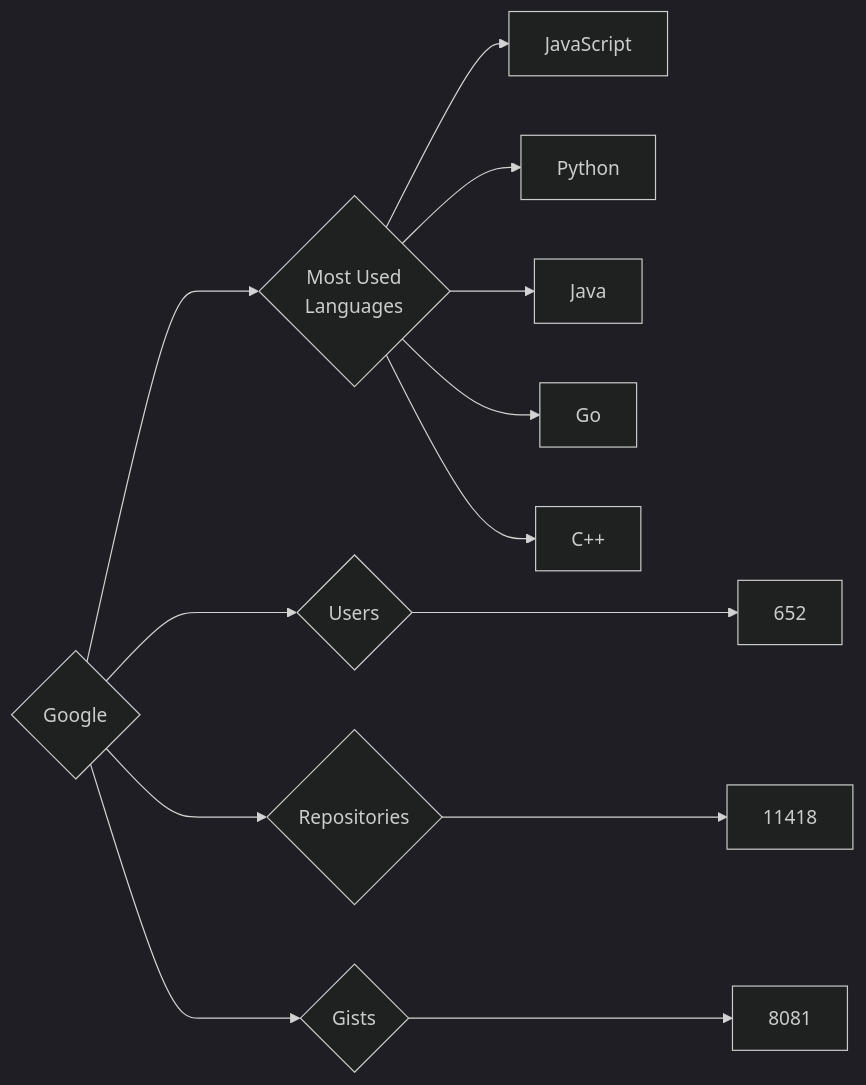
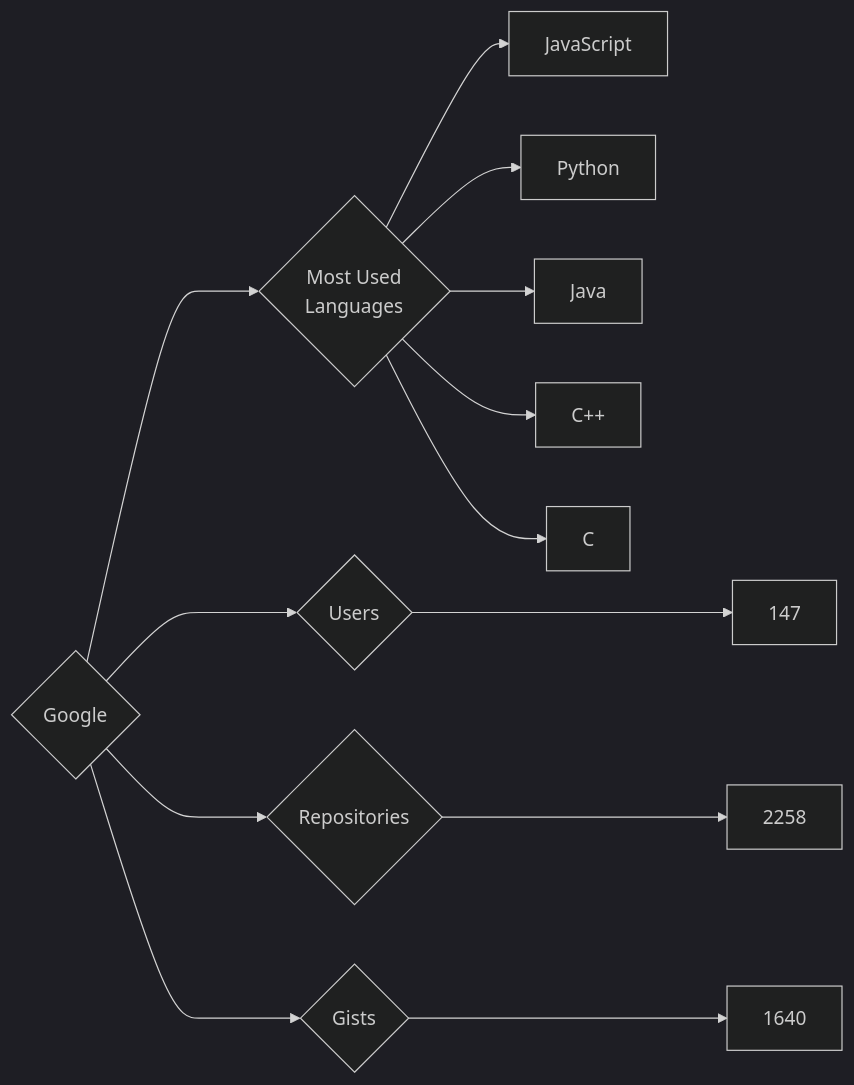
The diagram in targets/Google/README.md (trickest/insiders), drawn with Mermaid (dark theme) before and after one commit. The commit also changed 872 other files, not shown here.

````diff
--- a/targets/Google/README.md
+++ b/targets/Google/README.md
@@ -3,13 +3,13 @@
 ```mermaid
 graph LR
 COMPANY_NAME{Google}
-COMPANY_NAME ---> U{Users} ---> UN[652]
-COMPANY_NAME ---> R{Repositories} ---> RN[11418]
-COMPANY_NAME ---> G{Gists} ---> GN[8081]
+COMPANY_NAME ---> U{Users} ---> UN[147]
+COMPANY_NAME ---> R{Repositories} ---> RN[2258]
+COMPANY_NAME ---> G{Gists} ---> GN[1640]
 COMPANY_NAME ---> ML{Most Used<br>Languages}
 ML --> JavaScript[JavaScript]
 ML --> Python[Python]
 ML --> Java[Java]
-ML --> Go[Go]
 ML --> C++[C++]
+ML --> C[C]
 ```
````
